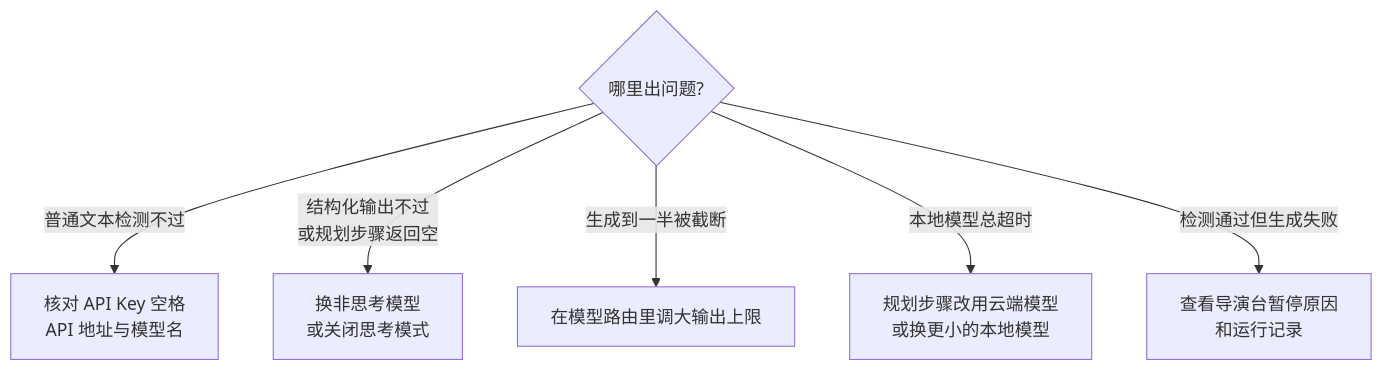
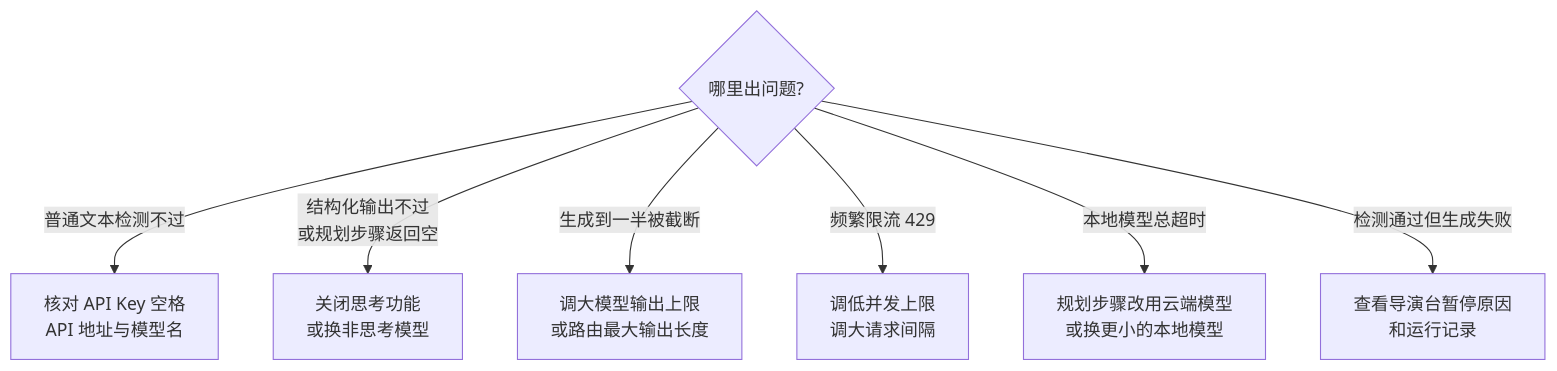
Before and after one commit to ExplosiveCoderflome/AI-Novel-Writing-Assistant: the second of 2 diagrams in mintlify-docs/model-configuration.mdx, drawn with Mermaid. The commit also changed other lines of this file and 5 other files, not shown here.

````diff
--- a/mintlify-docs/model-configuration.mdx
+++ b/mintlify-docs/model-configuration.mdx
@@ -92,9 +413,10 @@
 ```mermaid
 flowchart TD
   A{哪里出问题?}
   A -- 普通文本检测不过 --> B[核对 API Key 空格<br/>API 地址与模型名]
-  A -- 结构化输出不过<br/>或规划步骤返回空 --> C[换非思考模型<br/>或关闭思考模式]
-  A -- 生成到一半被截断 --> D[在模型路由里调大输出上限]
+  A -- 结构化输出不过<br/>或规划步骤返回空 --> C[关闭思考功能<br/>或换非思考模型]
+  A -- 生成到一半被截断 --> D[调大模型输出上限<br/>或路由最大输出长度]
+  A -- 频繁限流 429 --> G[调低并发上限<br/>调大请求间隔]
   A -- 本地模型总超时 --> E[规划步骤改用云端模型<br/>或换更小的本地模型]
   A -- 检测通过但生成失败 --> F[查看导演台暂停原因<br/>和运行记录]
 ```
````
